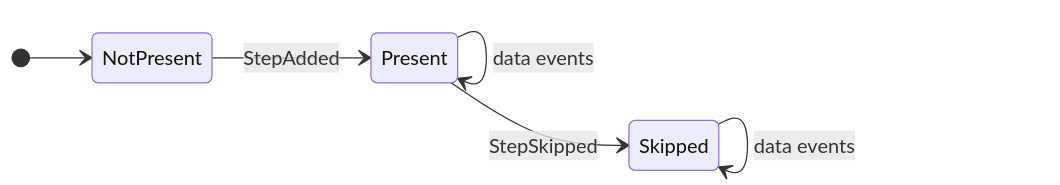
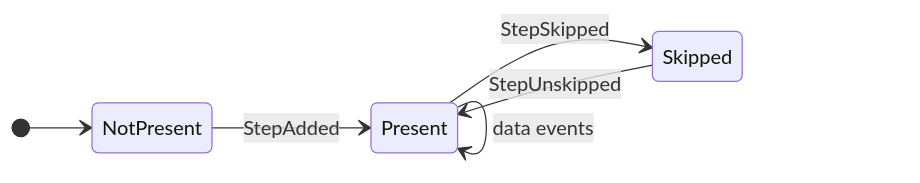
One commit to ut-issl/procnote changed the second of 6 diagrams in docs/concepts/executions-and-events.md. Above: the diagram before and after it, drawn with Mermaid. The commit also changed other lines of this file, not shown here.

Commit message:
Document domain reversal events (#286)

````diff
--- a/docs/concepts/executions-and-events.md
+++ b/docs/concepts/executions-and-events.md
@@ -113,11 +123,11 @@
 ```mermaid
 stateDiagram-v2
     direction LR
 
     [*] --> NotPresent
     NotPresent --> Present: StepAdded
 
     Present --> Present: data events
     Present --> Skipped: StepSkipped
-    Skipped --> Skipped: data events
+    Skipped --> Present: StepUnskipped
 ```
````
